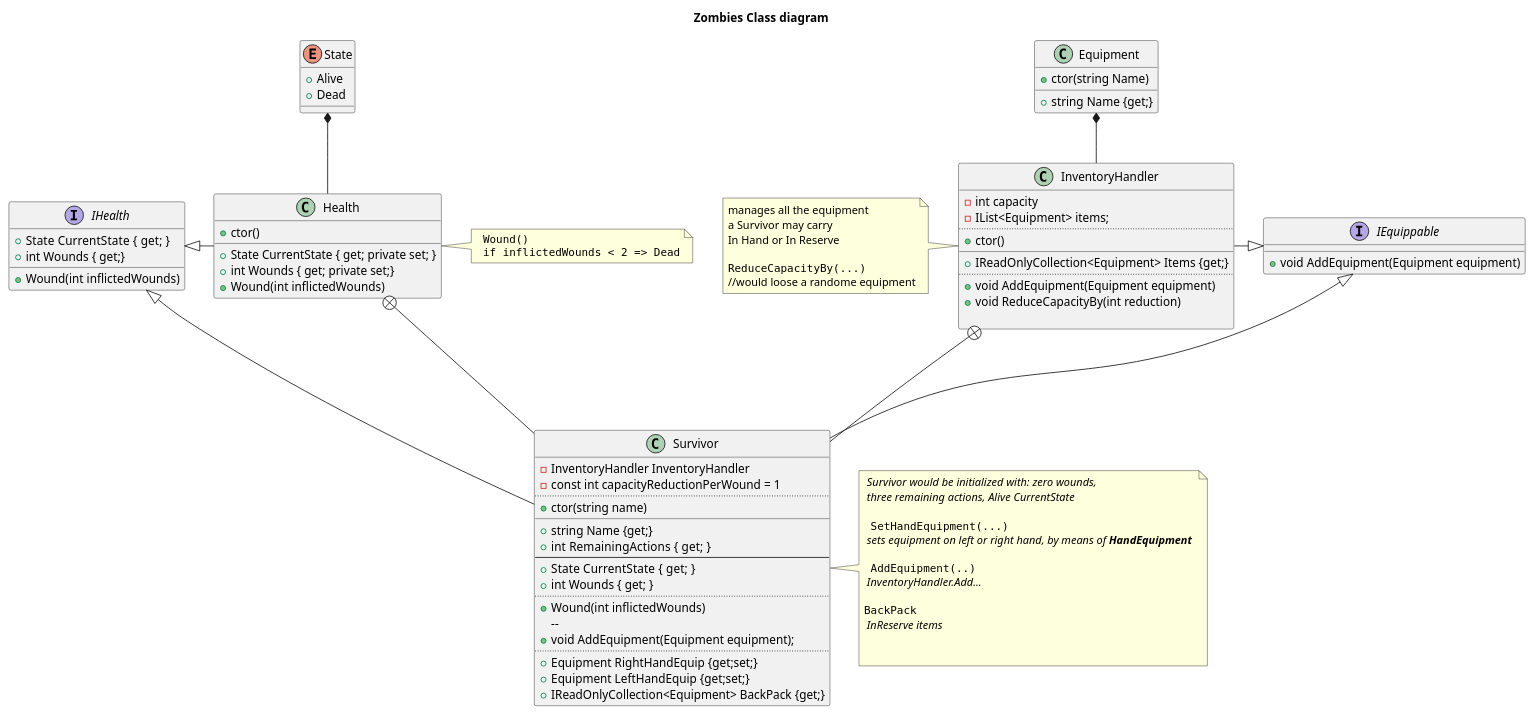
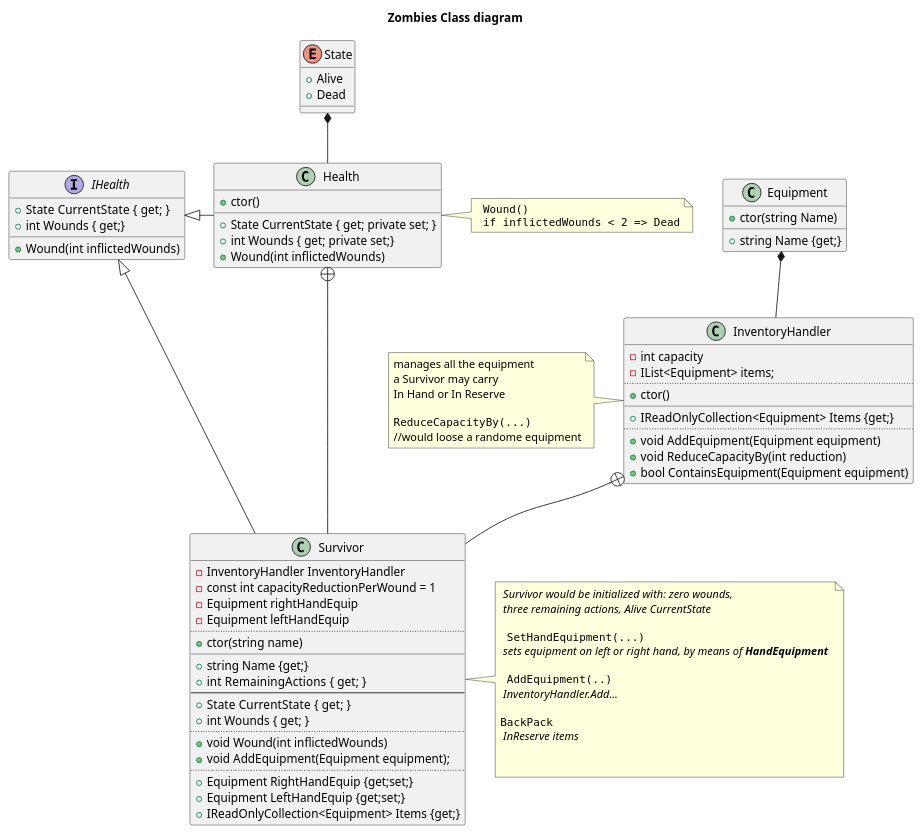
The diagram in diagram.wsd (JPTouron/Zombies-Kata), drawn with PlantUML before and after one commit. The commit also changed 6 other files, not shown here.

First line of the commit message:
WIP - added survivor functionality to have inventory in any of its 2 hands

```diff
--- a/diagram.wsd
+++ b/diagram.wsd
@@ -1,121 +1,114 @@
 @startuml "Zombies Class diagram"
 
 title "Zombies Class diagram"
 
 
+' ADD NO EQUIPMENT
 class Equipment
 {
     +ctor(string Name)
     __
     +string Name {get;}
 }
 
-interface IEquippable
-{
-    +void AddEquipment(Equipment equipment)
-}
 
 class InventoryHandler
 {
     -int capacity
     -IList<Equipment> items;
     ..
     +ctor()
     __
     +IReadOnlyCollection<Equipment> Items {get;}
     ..
     +void AddEquipment(Equipment equipment)
     +void ReduceCapacityBy(int reduction)
-
+    +bool ContainsEquipment(Equipment equipment)
 }
 
 note left
     manages all the equipment
     a Survivor may carry
     In Hand or In Reserve
 
     ""ReduceCapacityBy(...)""
     //would loose a randome equipment
 end note
 
 Equipment *-- InventoryHandler
-IEquippable <|-left-InventoryHandler
 
 enum State{
     +Alive
     +Dead
 }
 
 interface IHealth
 {
     +State CurrentState  { get; }
     +int Wounds { get;}
     +Wound(int inflictedWounds)
 }
 
 class Health
 {
     +ctor()
     __
     +State CurrentState { get; private set; }
     +int Wounds { get; private set;}
     +Wound(int inflictedWounds)
 }
 
 note right
     "" Wound() ""
     "" if inflictedWounds < 2 => Dead""
 end note
 
 State *-- Health
 IHealth <|- Health
 
 
 class Survivor
 {
     -InventoryHandler InventoryHandler
     -const int capacityReductionPerWound = 1
+    -Equipment rightHandEquip 
+    -Equipment leftHandEquip 
     ..
     +ctor(string name)
     __
     +string Name {get;}
     +int RemainingActions  { get; }
     --
     +State CurrentState  { get; }
     +int Wounds { get; }
     ..
-    +Wound(int inflictedWounds)
-    --    
+    +void Wound(int inflictedWounds)        
     +void AddEquipment(Equipment equipment);
     ..
     +Equipment RightHandEquip {get;set;}
     +Equipment LeftHandEquip {get;set;}
-    +IReadOnlyCollection<Equipment> BackPack {get;}
+    +IReadOnlyCollection<Equipment> Items {get;}
 }
 
 note right
     // Survivor would be initialized with: zero wounds, //
     // three remaining actions, Alive CurrentState //
 
     "" SetHandEquipment(...) ""
     // sets equipment on left or right hand, by means of **HandEquipment** //
 
     "" AddEquipment(..) ""
     // InventoryHandler.Add...//
 
     ""BackPack""
     // InReserve items //
 
 
 end note
 
 Health +--- Survivor
 IHealth <|-Survivor
-IEquippable <|---Survivor
-
-
 
 InventoryHandler +-- Survivor
 
-
 @enduml
```
